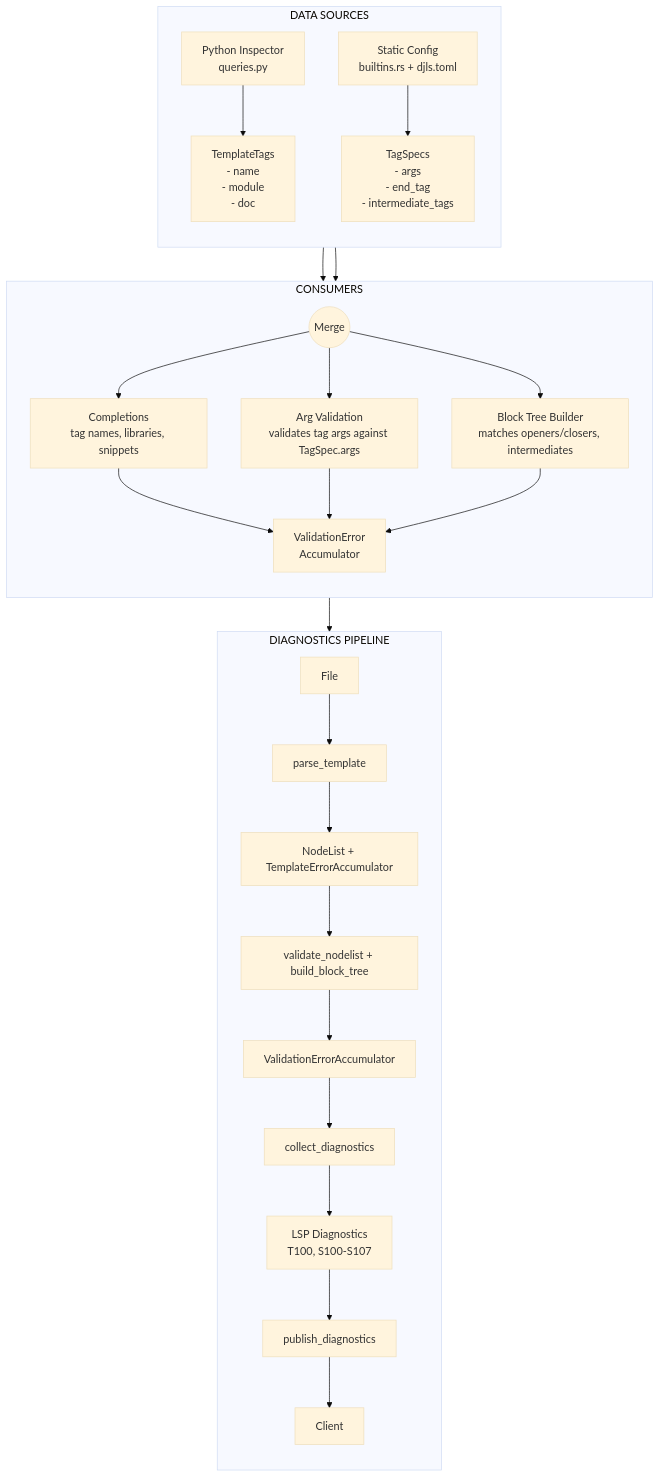
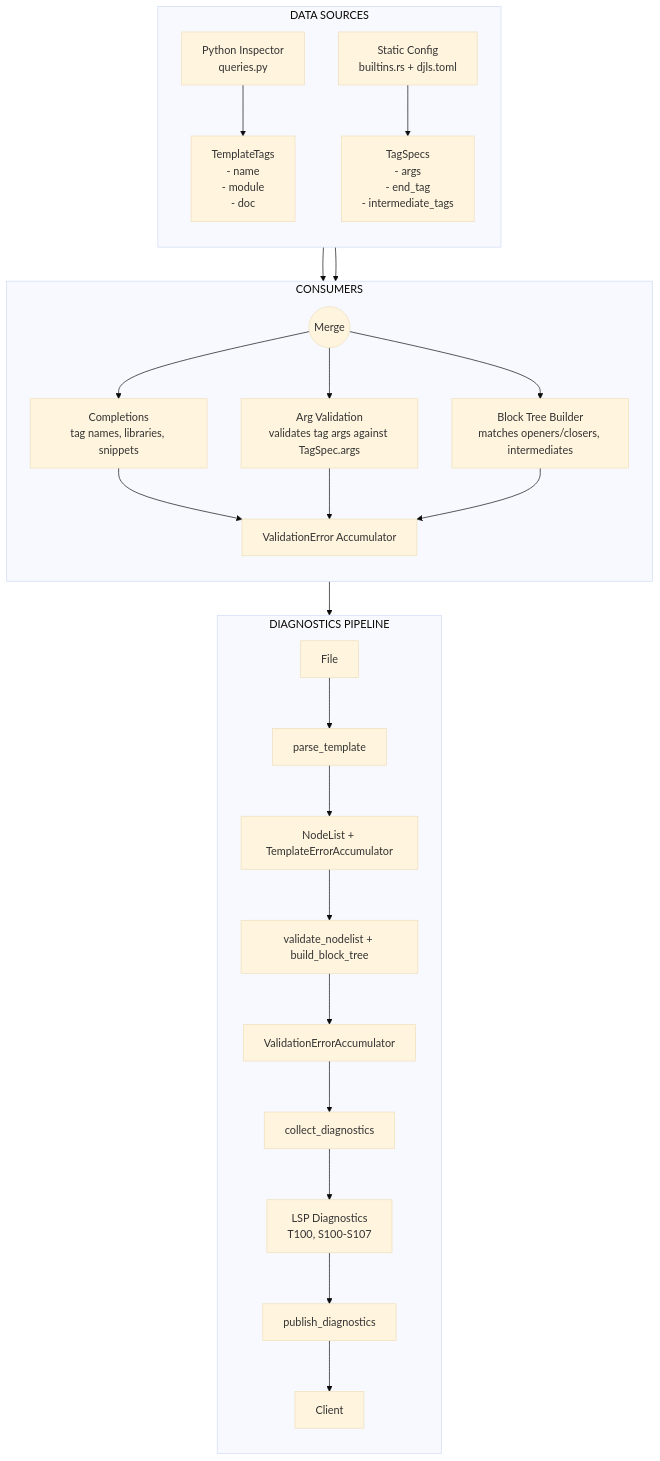
The diagram in .agents/research/2026-02-04_template-introspection-pipeline.md (joshuadavidthomas/django-language-server), drawn with Mermaid (base theme) before and after one commit. The commit also changed 12 other files, not shown here.

Commit message:
change ASCII diagrams to Mermaid

````diff
--- a/.agents/research/2026-02-04_template-introspection-pipeline.md
+++ b/.agents/research/2026-02-04_template-introspection-pipeline.md
@@ -204,39 +204,39 @@
 ```mermaid
 flowchart TB
     subgraph Sources["DATA SOURCES"]
         direction TB
-        PI[Python Inspector<br/>queries.py]
-        SC[Static Config<br/>builtins.rs + djls.toml]
-
-        PI --> TT[TemplateTags<br/>- name<br/>- module<br/>- doc]
-        SC --> TS[TagSpecs<br/>- args<br/>- end_tag<br/>- intermediate_tags]
+        PI["Python Inspector<br/>queries.py"]
+        SC["Static Config<br/>builtins.rs + djls.toml"]
+        
+        PI --> TT["TemplateTags<br/>- name<br/>- module<br/>- doc"]
+        SC --> TS["TagSpecs<br/>- args<br/>- end_tag<br/>- intermediate_tags"]
     end
-
+    
     TT --> Merge
     TS --> Merge
-
+    
     subgraph Consumers["CONSUMERS"]
         direction TB
-        Merge((Merge)) --> Comp[Completions<br/>tag names, libraries, snippets]
-        Merge --> ArgVal[Arg Validation<br/>validates tag args against TagSpec.args]
-        Merge --> BTB[Block Tree Builder<br/>matches openers/closers, intermediates]
-
-        Comp --> VEA[ValidationError<br/>Accumulator]
+        Merge((Merge)) --> Comp["Completions<br/>tag names, libraries, snippets"]
+        Merge --> ArgVal["Arg Validation<br/>validates tag args against TagSpec.args"]
+        Merge --> BTB["Block Tree Builder<br/>matches openers/closers, intermediates"]
+        
+        Comp --> VEA["ValidationError Accumulator"]
         ArgVal --> VEA
         BTB --> VEA
     end
-
+    
     subgraph Pipeline["DIAGNOSTICS PIPELINE"]
         direction TB
         File[File] --> parse[parse_template]
-        parse --> NL[NodeList + TemplateErrorAccumulator]
-        NL --> validate[validate_nodelist + build_block_tree]
+        parse --> NL["NodeList + TemplateErrorAccumulator"]
+        NL --> validate["validate_nodelist + build_block_tree"]
         validate --> VEA2[ValidationErrorAccumulator]
         VEA2 --> collect[collect_diagnostics]
-        collect --> LSP[LSP Diagnostics<br/>T100, S100-S107]
+        collect --> LSP["LSP Diagnostics<br/>T100, S100-S107"]
         LSP --> publish[publish_diagnostics]
         publish --> Client[Client]
     end
-
+    
     VEA --> Pipeline
 ```
````
